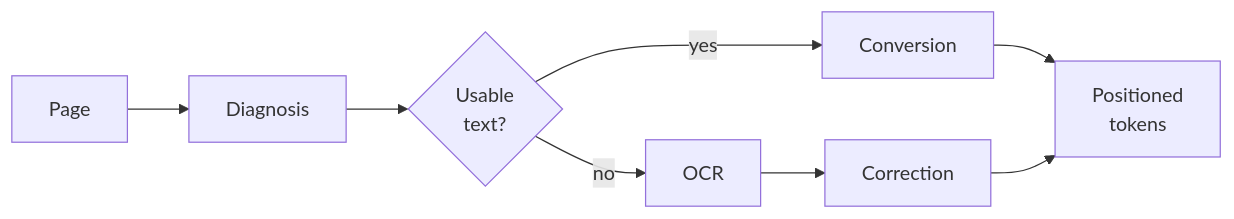
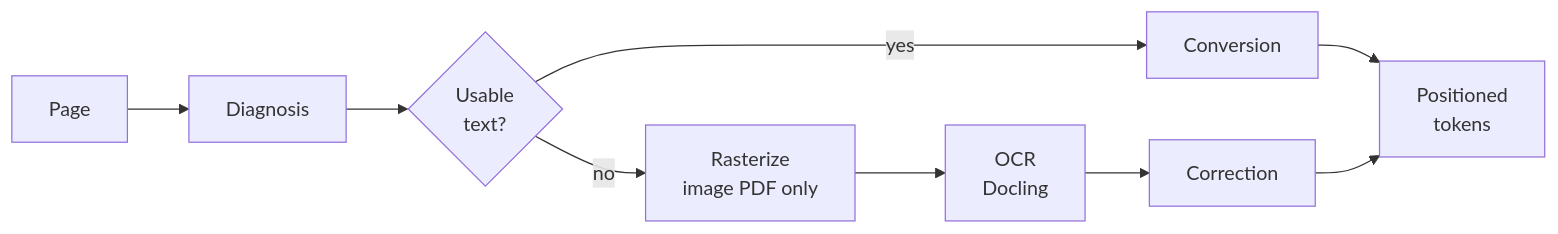
Before and after one commit to mariogarcia-ar/docflow: the fourth of 10 diagrams in components.md, drawn with Mermaid. The commit also changed other lines of this file and 6 other files, not shown here.

Commit message:
Clarify OCR engine usage and documentation across multiple files, emphasizing that Docling is the fixed engine for OCR processes and detailing its role in the extraction pipeline.

````diff
--- a/components.md
+++ b/components.md
@@ -145,8 +145,8 @@
 ```mermaid
 graph LR
     A["Page"] --> B["Diagnosis"] --> C{"Usable<br/>text?"}
     C -->|"yes"| D["Conversion"]
-    C -->|"no"| E["OCR"] --> F["Correction"]
-    D --> G["Positioned<br/>tokens"]
-    F --> G
+    C -->|"no"| E["Rasterize<br/>image PDF only"] --> F["OCR<br/>Docling"] --> G["Correction"]
+    D --> H["Positioned<br/>tokens"]
+    G --> H
 ```
````
